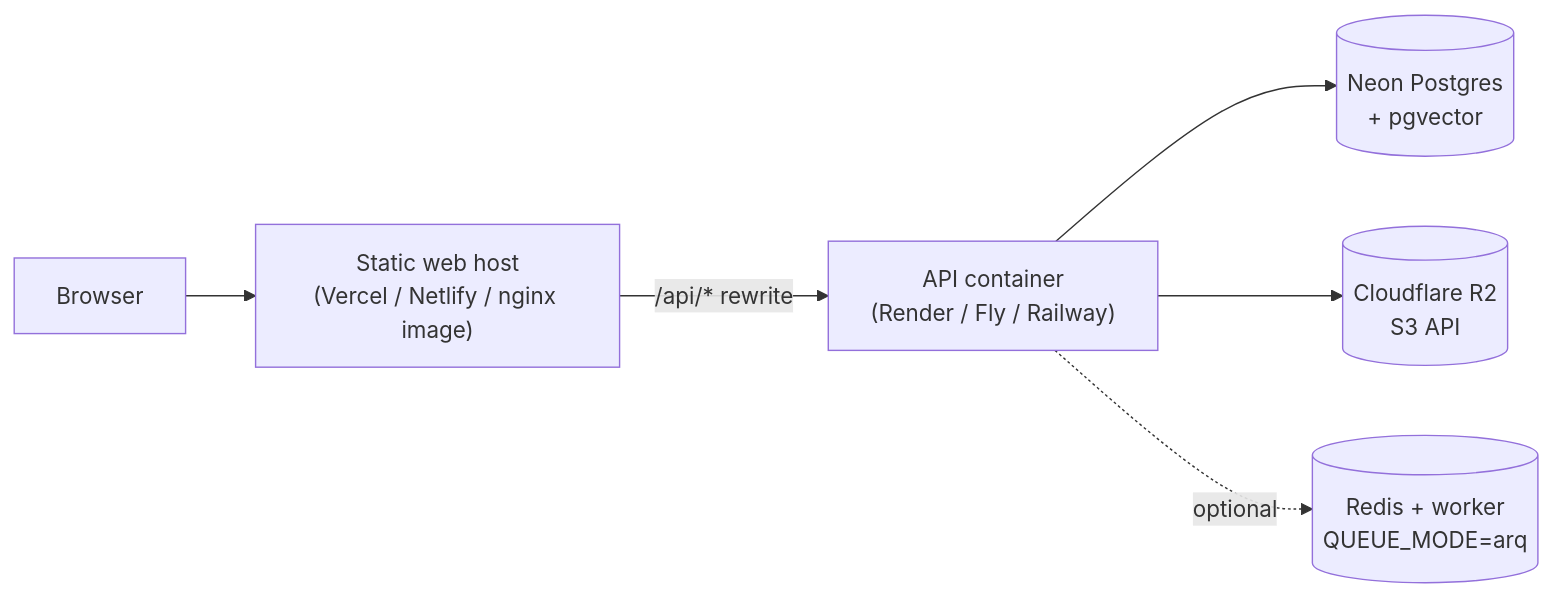
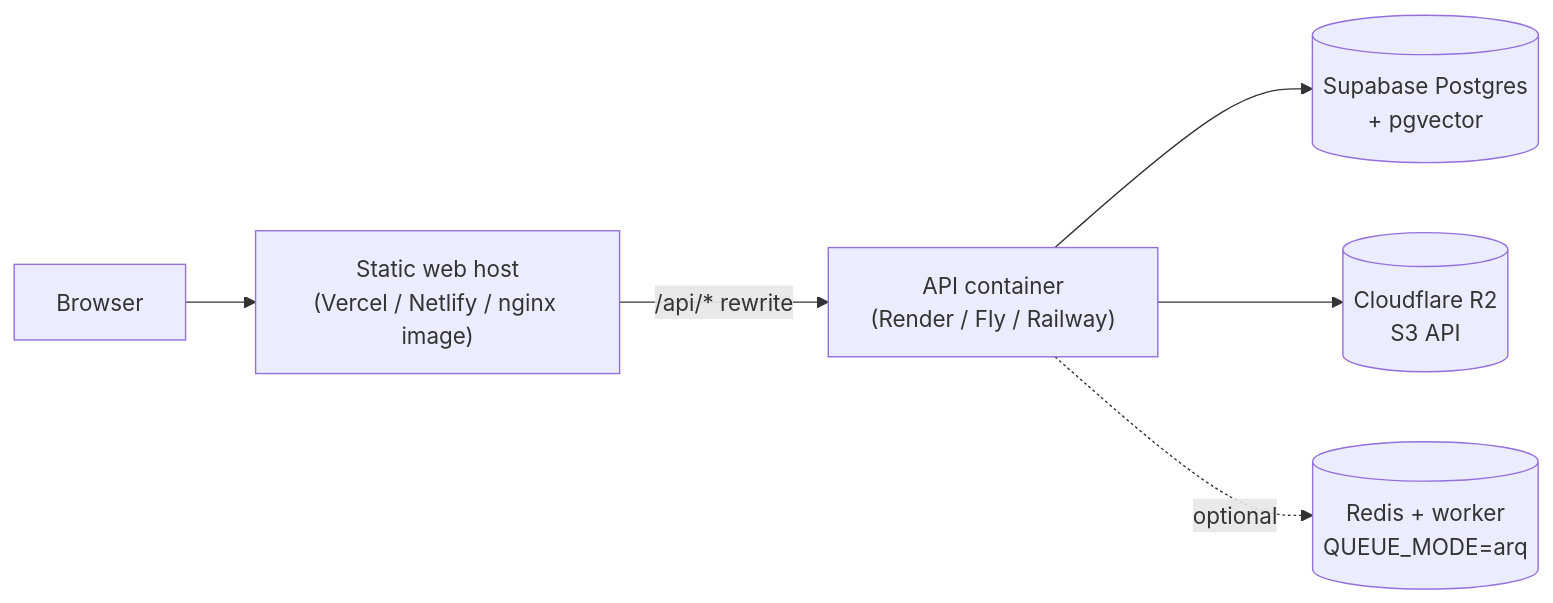
The diagram in docs/deployment.md (SriramWorkSpace/MedSpace-Healthcare), drawn with Mermaid before and after one commit. The commit also changed other lines of this file and 5 other files, not shown here.

First line of the commit message:
docs: ADR-038 Supabase replaces Neon; health checks use /api/health

````diff
--- a/docs/deployment.md
+++ b/docs/deployment.md
@@ -7,8 +7,8 @@
 ```mermaid
 flowchart LR
   B[Browser] --> W["Static web host<br/>(Vercel / Netlify / nginx image)"]
   W -- "/api/* rewrite" --> A["API container<br/>(Render / Fly / Railway)"]
-  A --> P[("Neon Postgres<br/>+ pgvector")]
+  A --> P[("Supabase Postgres<br/>+ pgvector")]
   A --> S[("Cloudflare R2<br/>S3 API")]
   A -. optional .-> R[("Redis + worker<br/>QUEUE_MODE=arq")]
 ```
````
